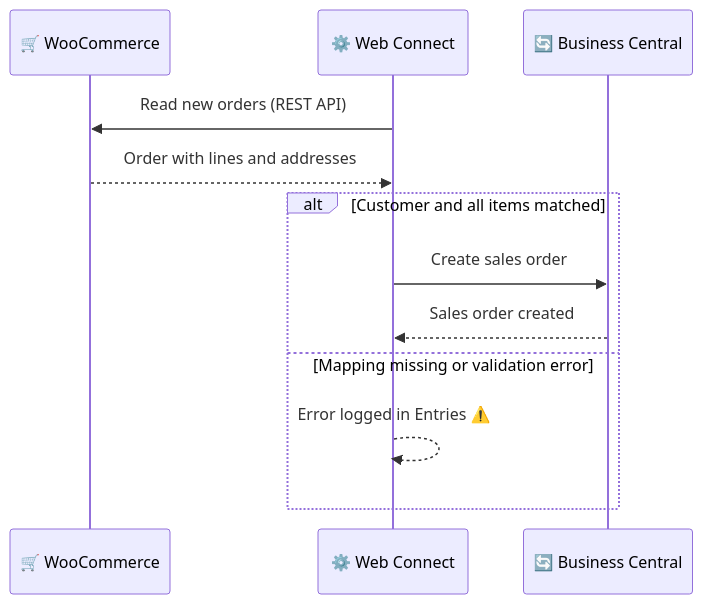
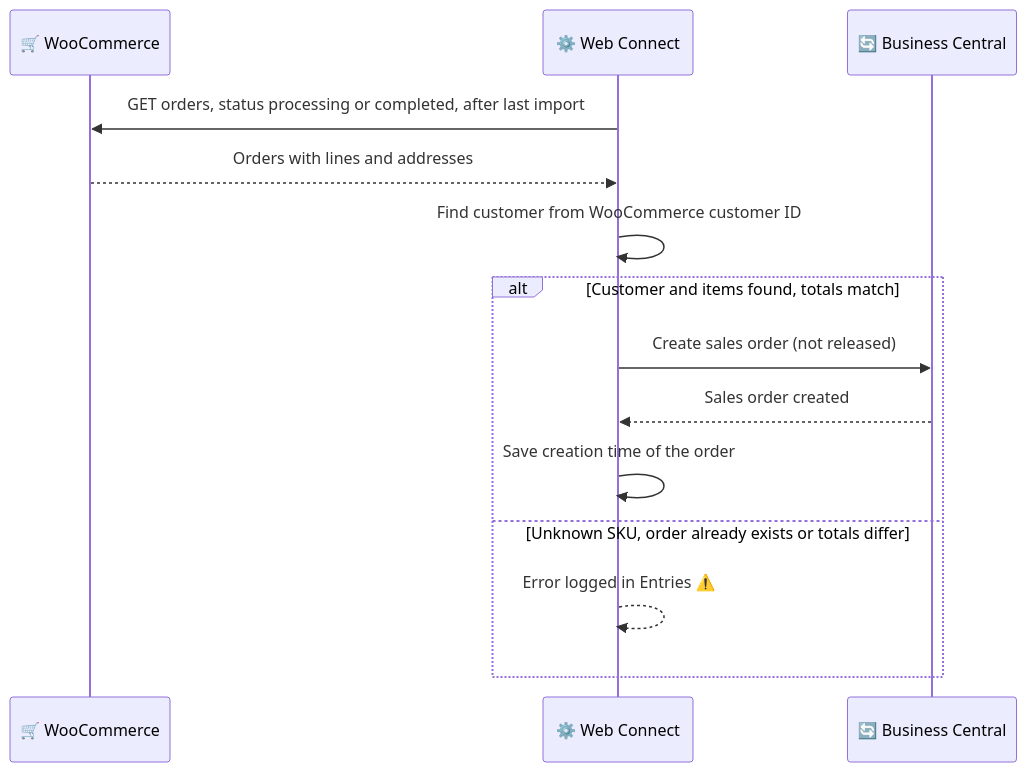
The diagram in docs/products/web-connect/integrations/woocommerce/flows/order-inbound.md (Combine-IT-ab/docs-general), drawn with Mermaid before and after one commit. The commit also changed other lines of this file and 6 other files, not shown here.

First line of the commit message:
WooCommerce: sex verifierade flöden från konfigexporten

````diff
--- a/docs/products/web-connect/integrations/woocommerce/flows/order-inbound.md
+++ b/docs/products/web-connect/integrations/woocommerce/flows/order-inbound.md
@@ -39,15 +42,17 @@
 ```mermaid
 sequenceDiagram
     participant W as 🛒 WooCommerce
     participant WC as ⚙️ Web Connect
     participant BC as 🔄 Business Central
 
-    WC->>W: Read new orders (REST API)
-    W-->>WC: Order with lines and addresses
-    alt Customer and all items matched
-        WC->>BC: Create sales order
+    WC->>W: GET orders, status processing or completed, after last import
+    W-->>WC: Orders with lines and addresses
+    WC->>WC: Find customer from WooCommerce customer ID
+    alt Customer and items found, totals match
+        WC->>BC: Create sales order (not released)
         BC-->>WC: Sales order created
-    else Mapping missing or validation error
+        WC->>WC: Save creation time of the order
+    else Unknown SKU, order already exists or totals differ
         WC-->>WC: Error logged in Entries ⚠️
     end
 ```
````
